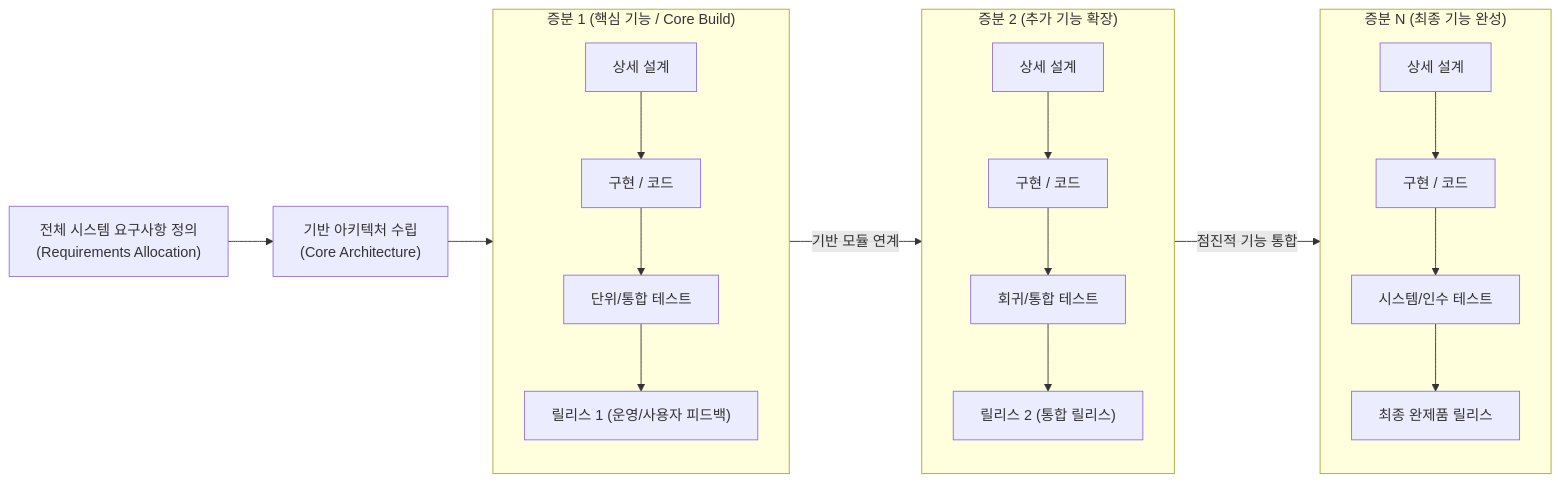
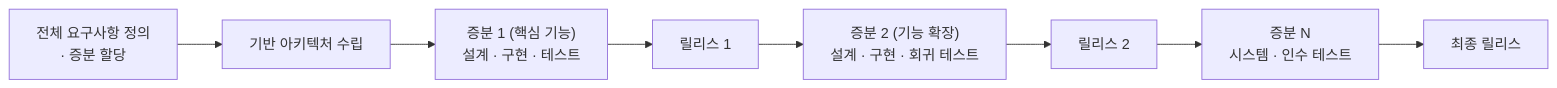
The diagram in content/01_IT Tech/증분형 개발 모델.md (supremethumb/supremethumb.github.io), drawn with Mermaid before and after one commit. The commit also changed other lines of this file and 1087 other files, not shown here.

````diff
--- a/content/01_IT Tech/증분형 개발 모델.md
+++ b/content/01_IT Tech/증분형 개발 모델.md
@@ -33,24 +36,10 @@
 ```mermaid
 flowchart LR
-    REQ["전체 시스템 요구사항 정의<br/>(Requirements Allocation)"] --> ARCH["기반 아키텍처 수립<br/>(Core Architecture)"]
-
-    subgraph INC1 ["증분 1 (핵심 기능 / Core Build)"]
-        direction TB
-        D1["상세 설계"] --> C1["구현 / 코드"] --> T1["단위/통합 테스트"] --> R1["릴리스 1 (운영/사용자 피드백)"]
-    end
-
-    subgraph INC2 ["증분 2 (추가 기능 확장)"]
-        direction TB
-        D2["상세 설계"] --> C2["구현 / 코드"] --> T2["회귀/통합 테스트"] --> R2["릴리스 2 (통합 릴리스)"]
-    end
-
-    subgraph INCn ["증분 N (최종 기능 완성)"]
-        direction TB
-        Dn["상세 설계"] --> Cn["구현 / 코드"] --> Tn["시스템/인수 테스트"] --> Rn["최종 완제품 릴리스"]
-    end
-
-    ARCH --> INC1
-    INC1 -->|"기반 모듈 연계"| INC2
-    INC2 -->|"점진적 기능 통합"| INCn
-
+    REQ["전체 요구사항 정의<br/>· 증분 할당"] --> ARCH["기반 아키텍처 수립"]
+    ARCH --> I1["증분 1 (핵심 기능)<br/>설계 · 구현 · 테스트"]
+    I1 --> R1["릴리스 1"]
+    R1 --> I2["증분 2 (기능 확장)<br/>설계 · 구현 · 회귀 테스트"]
+    I2 --> R2["릴리스 2"]
+    R2 --> IN["증분 N<br/>시스템 · 인수 테스트"]
+    IN --> RN["최종 릴리스"]
 ```
````
